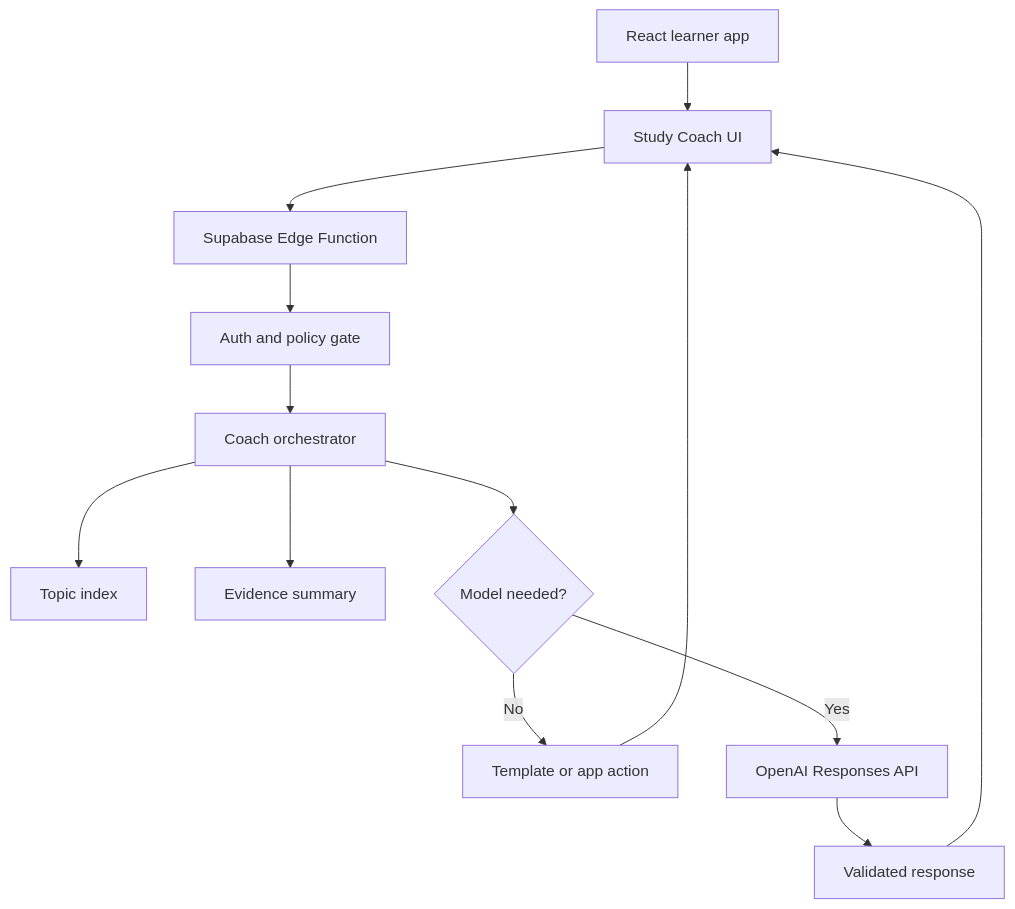
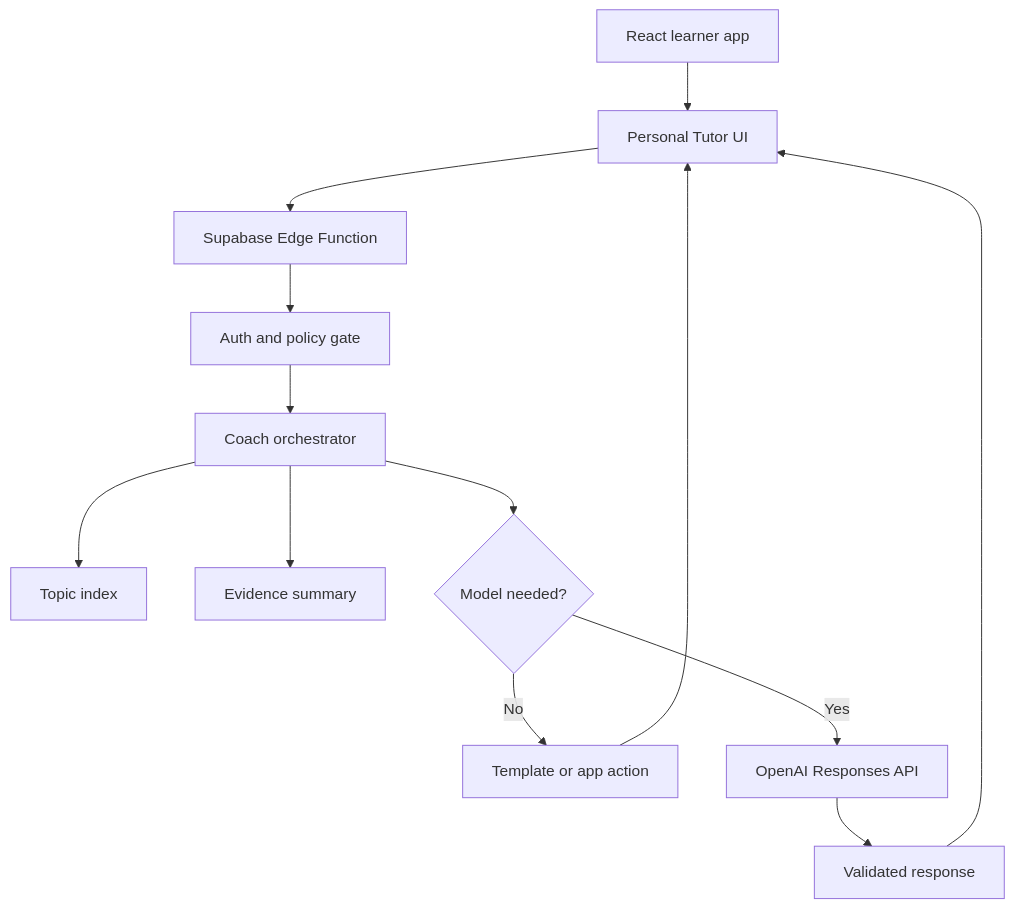
Before and after one commit to lhanson-dev/revision: the diagram in docs/technical/Personal Study Coach MVP Technical Design.md, drawn with Mermaid. The commit also changed other lines of this file, not shown here.

Commit message:
Revise Tutor design for ongoing conversation

````diff
--- a/docs/technical/Personal Study Coach MVP Technical Design.md
+++ b/docs/technical/Personal Study Coach MVP Technical Design.md
@@ -38,15 +38,15 @@
 ```mermaid
 flowchart TD
-    A["React learner app"] --> B["Study Coach UI"]
+    A["React learner app"] --> B["Personal Tutor UI"]
     B --> C["Supabase Edge Function"]
     C --> D["Auth and policy gate"]
     D --> E["Coach orchestrator"]
     E --> F["Topic index"]
     E --> G["Evidence summary"]
     E --> H{"Model needed?"}
     H -->|No| I["Template or app action"]
     H -->|Yes| J["OpenAI Responses API"]
     J --> K["Validated response"]
     I --> B
     K --> B
 ```
````
